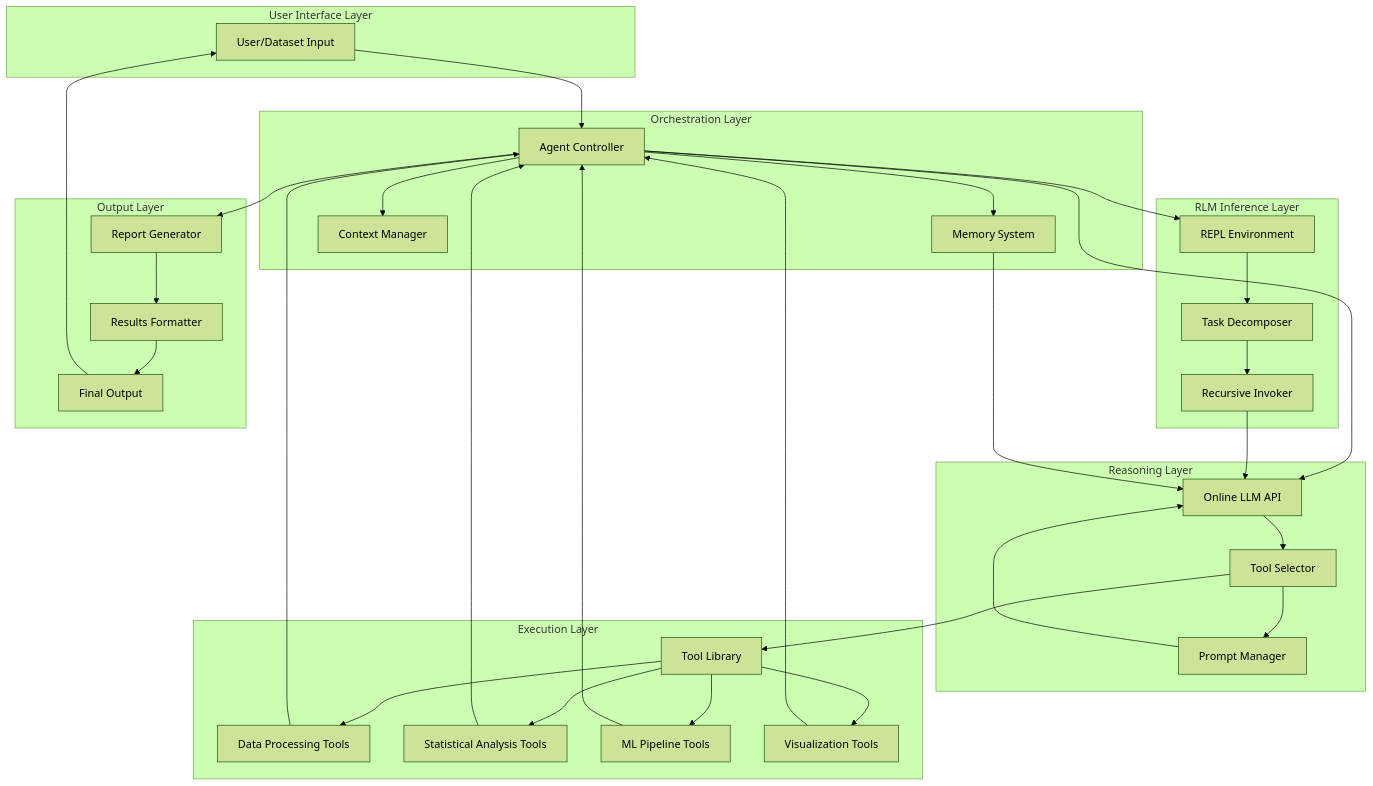
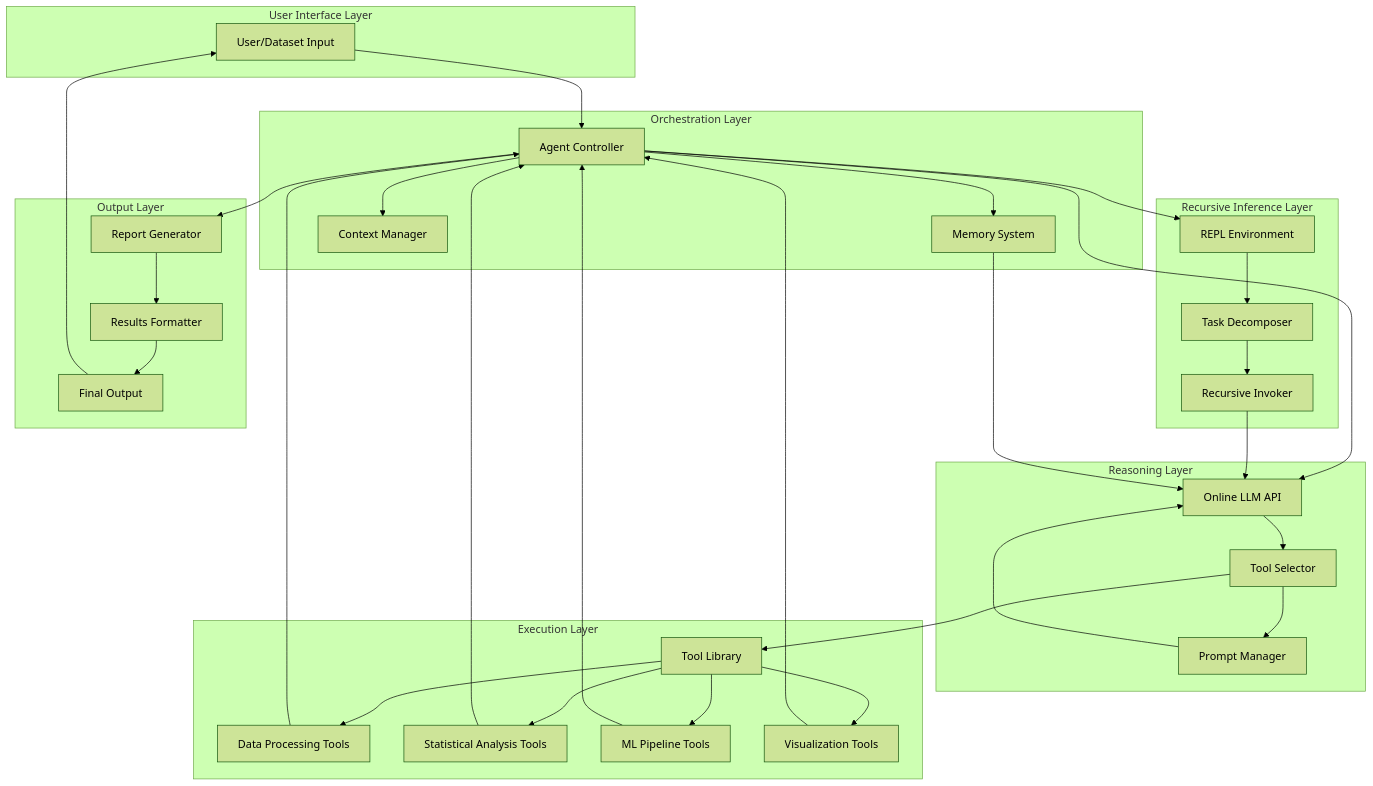
One commit to shahdaksh050/agentic-data-analysis changed the first of 6 diagrams in README.md. Above: the diagram before and after it, drawn with Mermaid (forest theme). The commit also changed other lines of this file and 16 other files, not shown here.

````diff
--- a/README.md
+++ b/README.md
@@ -43,64 +43,64 @@
 ```mermaid
 graph TB
     subgraph "User Interface Layer"
         A[User/Dataset Input]
     end
     
     subgraph "Orchestration Layer"
         B[Agent Controller]
         C[Memory System]
         D[Context Manager]
     end
     
     subgraph "Reasoning Layer"
         E[Online LLM API]
         F[Tool Selector]
         G[Prompt Manager]
     end
     
     subgraph "Execution Layer"
         H[Tool Library]
         I[Data Processing Tools]
         J[Statistical Analysis Tools]
         K[ML Pipeline Tools]
         L[Visualization Tools]
     end
     
-    subgraph "RLM Inference Layer"
+    subgraph "Recursive Inference Layer"
         M[REPL Environment]
         N[Task Decomposer]
         O[Recursive Invoker]
     end
     
     subgraph "Output Layer"
         P[Report Generator]
         Q[Results Formatter]
         R[Final Output]
     end
     
     A --> B
     B --> C
     B --> D
     B --> E
     E --> F
     F --> G
     G --> E
     F --> H
     H --> I
     H --> J
     H --> K
     H --> L
     I --> B
     J --> B
     K --> B
     L --> B
     B --> M
     M --> N
     N --> O
     O --> E
     C --> E
     B --> P
     P --> Q
     Q --> R
     R --> A
 ```
````
